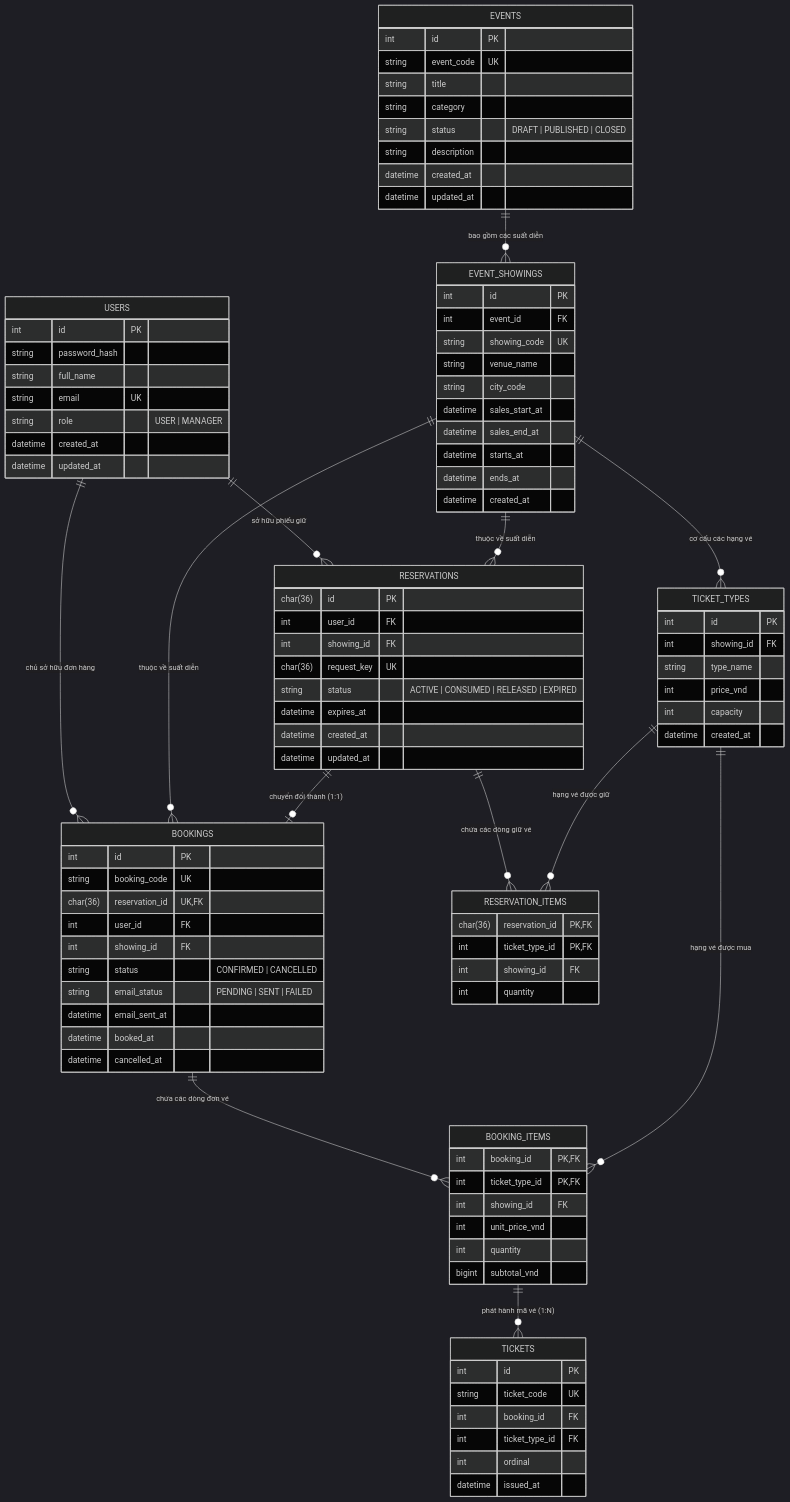
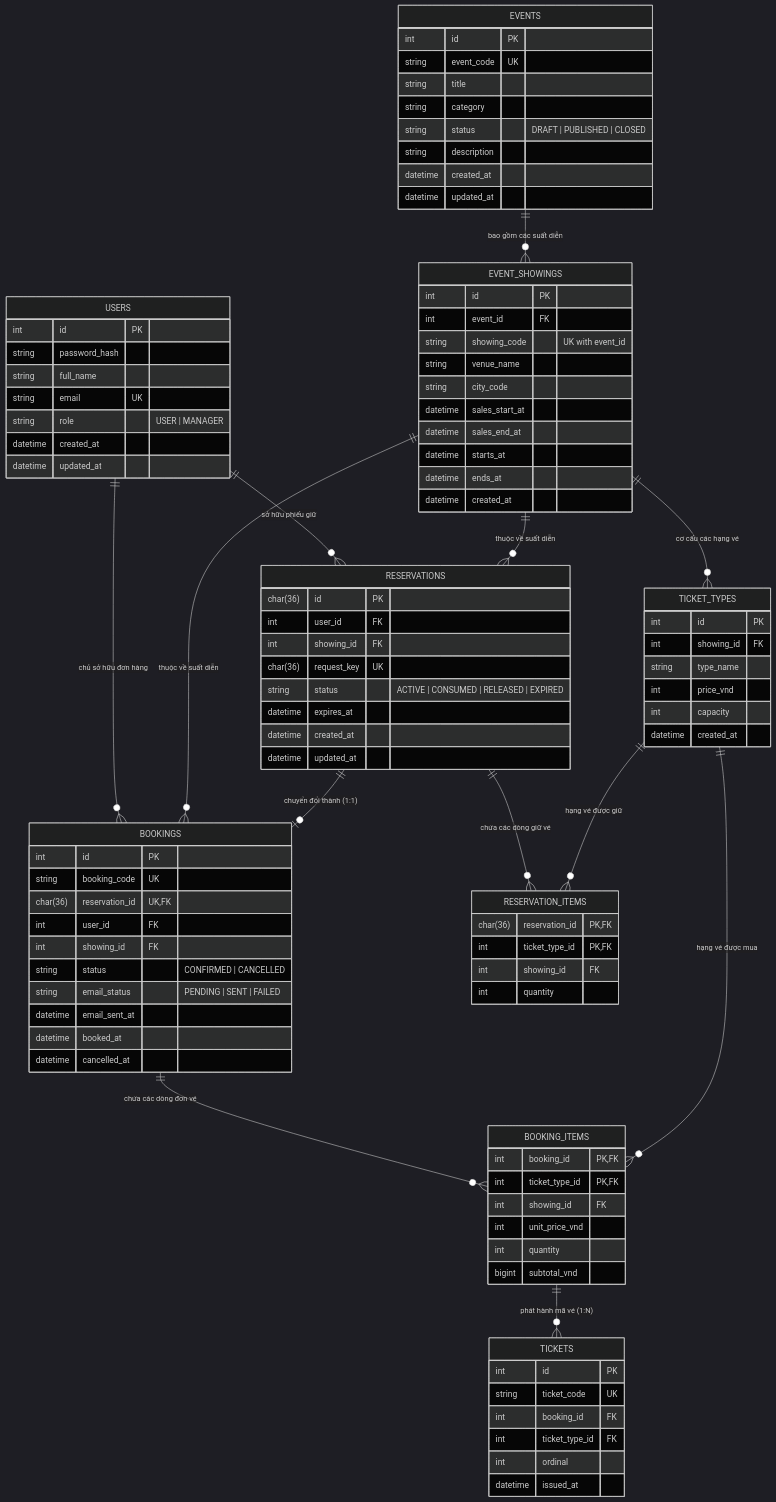
One commit to hoainguyenegn/dbms changed the diagram in docs/database-design.md. Above: the diagram before and after it, drawn with Mermaid (dark theme). The commit also changed other lines of this file and 45 other files, not shown here.

```diff
--- a/docs/database-design.md
+++ b/docs/database-design.md
@@ -102,7 +102,7 @@
     EVENT_SHOWINGS {
         int id PK
         int event_id FK
-        string showing_code UK
+        string showing_code "UK with event_id"
         string venue_name
         string city_code
         datetime sales_start_at
```
